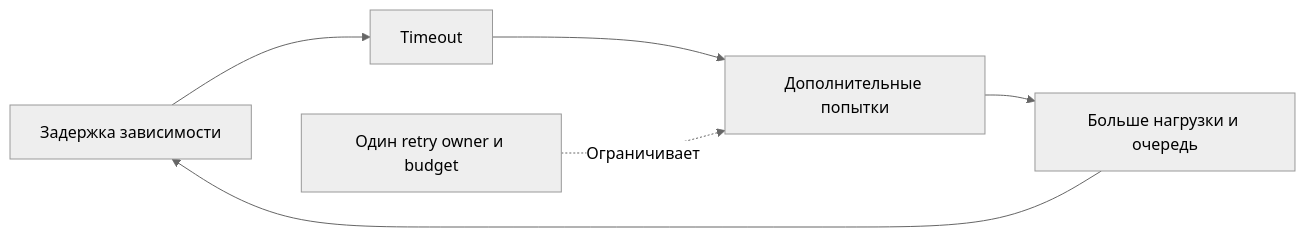
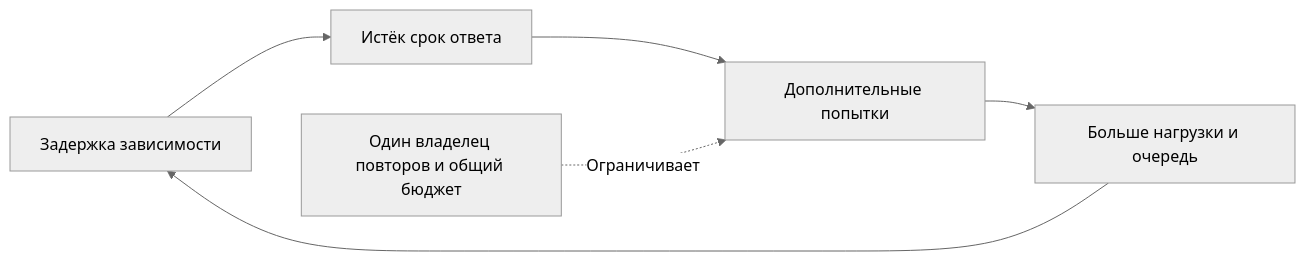
The diagram in docs/production/retry-storm.md (leary1337/vault), drawn with Mermaid (neutral theme) before and after one commit. The commit also changed other lines of this file and 325 other files, not shown here.

````diff
--- a/docs/production/retry-storm.md
+++ b/docs/production/retry-storm.md
@@ -48,8 +26,8 @@
 ```mermaid
 flowchart LR
-    Slow[Задержка зависимости] --> Timeout[Timeout]
+    Slow[Задержка зависимости] --> Timeout[Истёк срок ответа]
     Timeout --> Retry[Дополнительные попытки]
     Retry --> Load[Больше нагрузки и очередь]
     Load --> Slow
-    Budget[Один retry owner и budget] -. Ограничивает .-> Retry
+    Budget[Один владелец повторов и общий бюджет] -. Ограничивает .-> Retry
 ```
````
